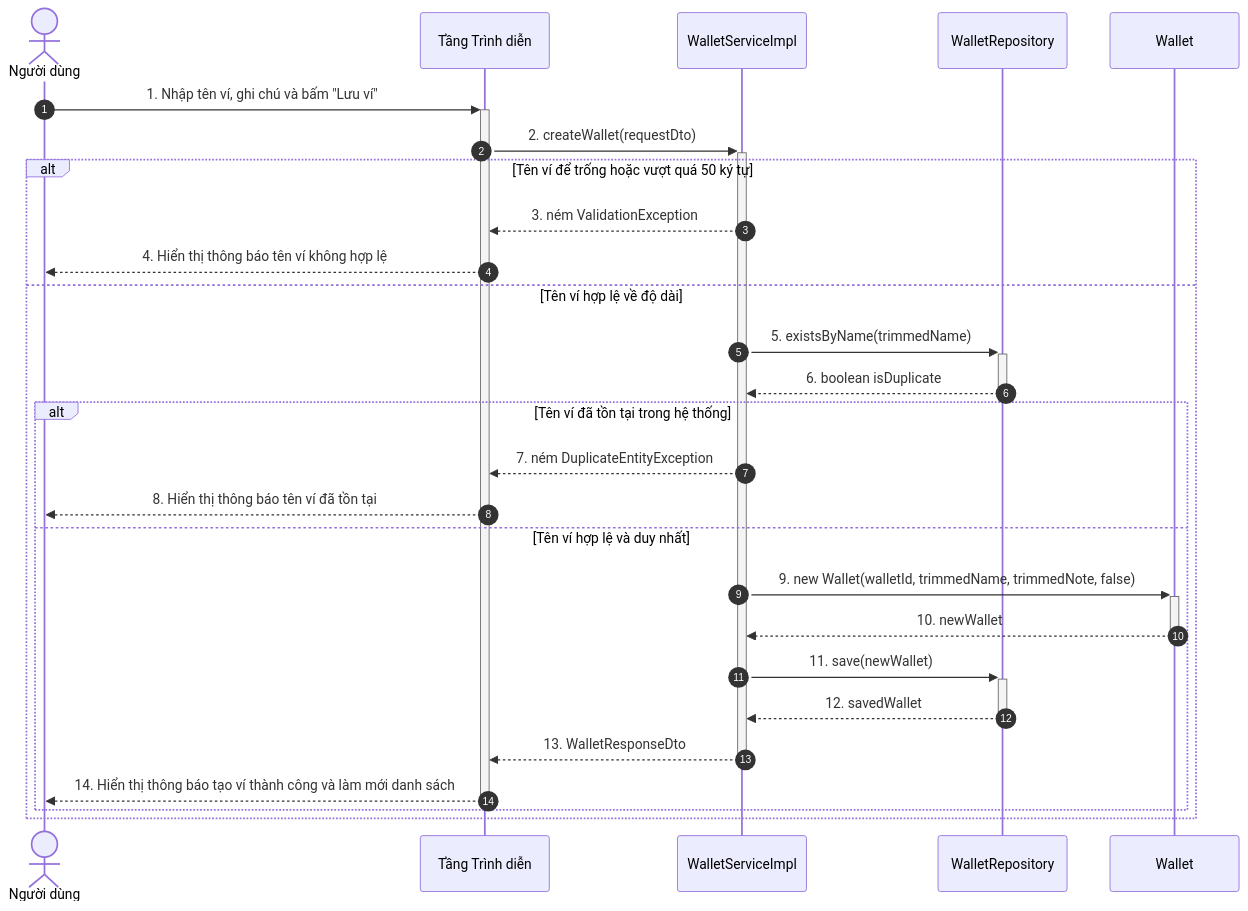
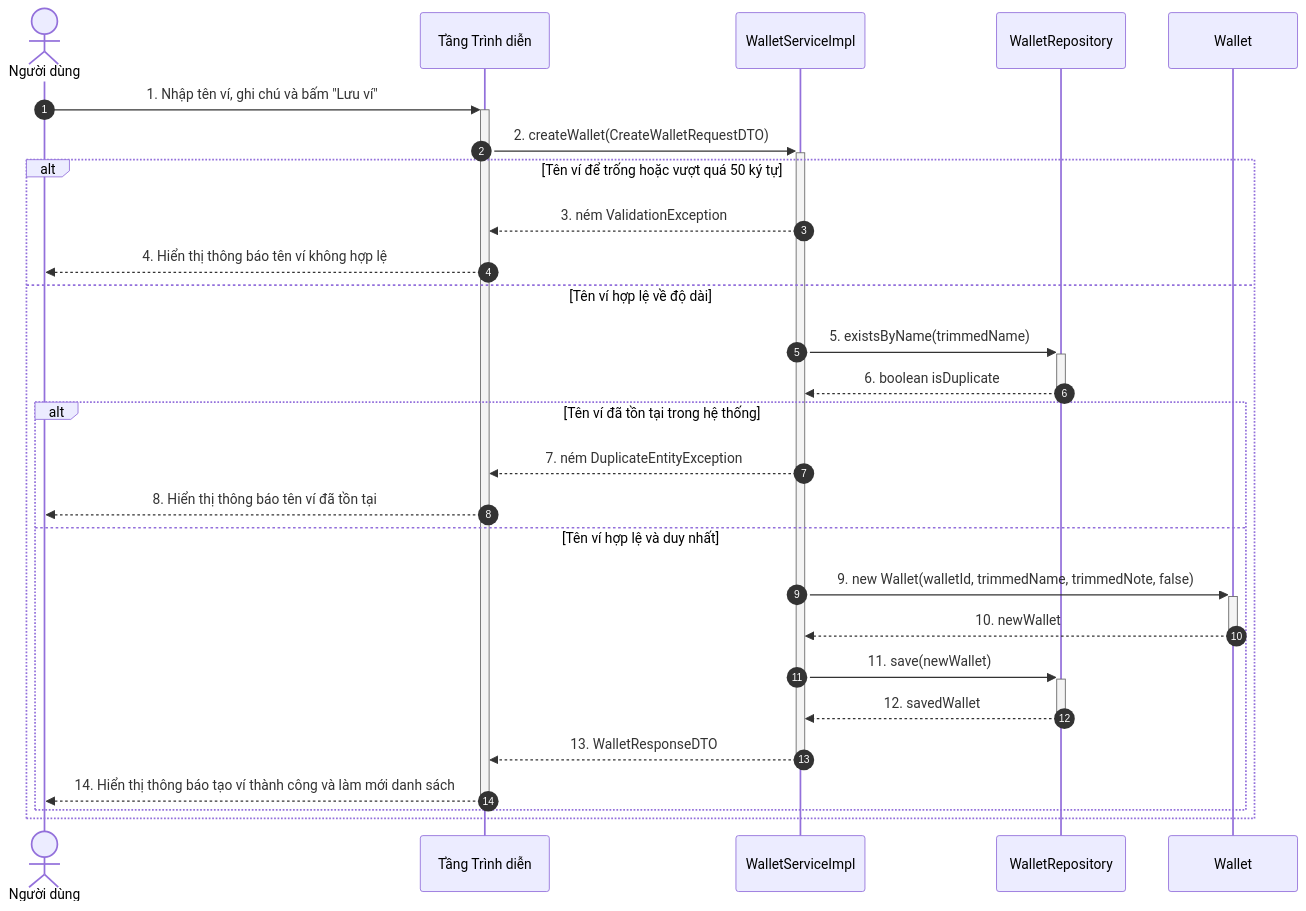
One commit to mynhleeh/pfms-oop changed the second of 21 diagrams in docs/object-oriented-design/05-so-do-tuong-tac-thiet-ke-sequence-diagram.md. Above: the diagram before and after it, drawn with Mermaid. The commit also changed other lines of this file and 3 other files, not shown here.

Commit message:
docs(ood): harmonize service contracts, sequence diagrams, and DTO specifications

````diff
--- a/docs/object-oriented-design/05-so-do-tuong-tac-thiet-ke-sequence-diagram.md
+++ b/docs/object-oriented-design/05-so-do-tuong-tac-thiet-ke-sequence-diagram.md
@@ -78,30 +78,30 @@
 ```mermaid
 sequenceDiagram
     autonumber
     actor User as Người dùng
     participant GUI as Tầng Trình diễn
     participant WalletService as WalletServiceImpl
     participant WalletRepo as WalletRepository
     participant Wallet as Wallet
 
     User->>+GUI: 1. Nhập tên ví, ghi chú và bấm "Lưu ví"
-    GUI->>+WalletService: 2. createWallet(requestDto)
+    GUI->>+WalletService: 2. createWallet(CreateWalletRequestDTO)
     alt Tên ví để trống hoặc vượt quá 50 ký tự
         WalletService-->>GUI: 3. ném ValidationException
         GUI-->>User: 4. Hiển thị thông báo tên ví không hợp lệ
     else Tên ví hợp lệ về độ dài
         WalletService->>+WalletRepo: 5. existsByName(trimmedName)
         WalletRepo-->>-WalletService: 6. boolean isDuplicate
         alt Tên ví đã tồn tại trong hệ thống
             WalletService-->>GUI: 7. ném DuplicateEntityException
             GUI-->>User: 8. Hiển thị thông báo tên ví đã tồn tại
         else Tên ví hợp lệ và duy nhất
             WalletService->>+Wallet: 9. new Wallet(walletId, trimmedName, trimmedNote, false)
             Wallet-->>-WalletService: 10. newWallet
             WalletService->>+WalletRepo: 11. save(newWallet)
             WalletRepo-->>-WalletService: 12. savedWallet
-            WalletService-->>-GUI: 13. WalletResponseDto
+            WalletService-->>-GUI: 13. WalletResponseDTO
             GUI-->>-User: 14. Hiển thị thông báo tạo ví thành công và làm mới danh sách
         end
     end
 ```
````
